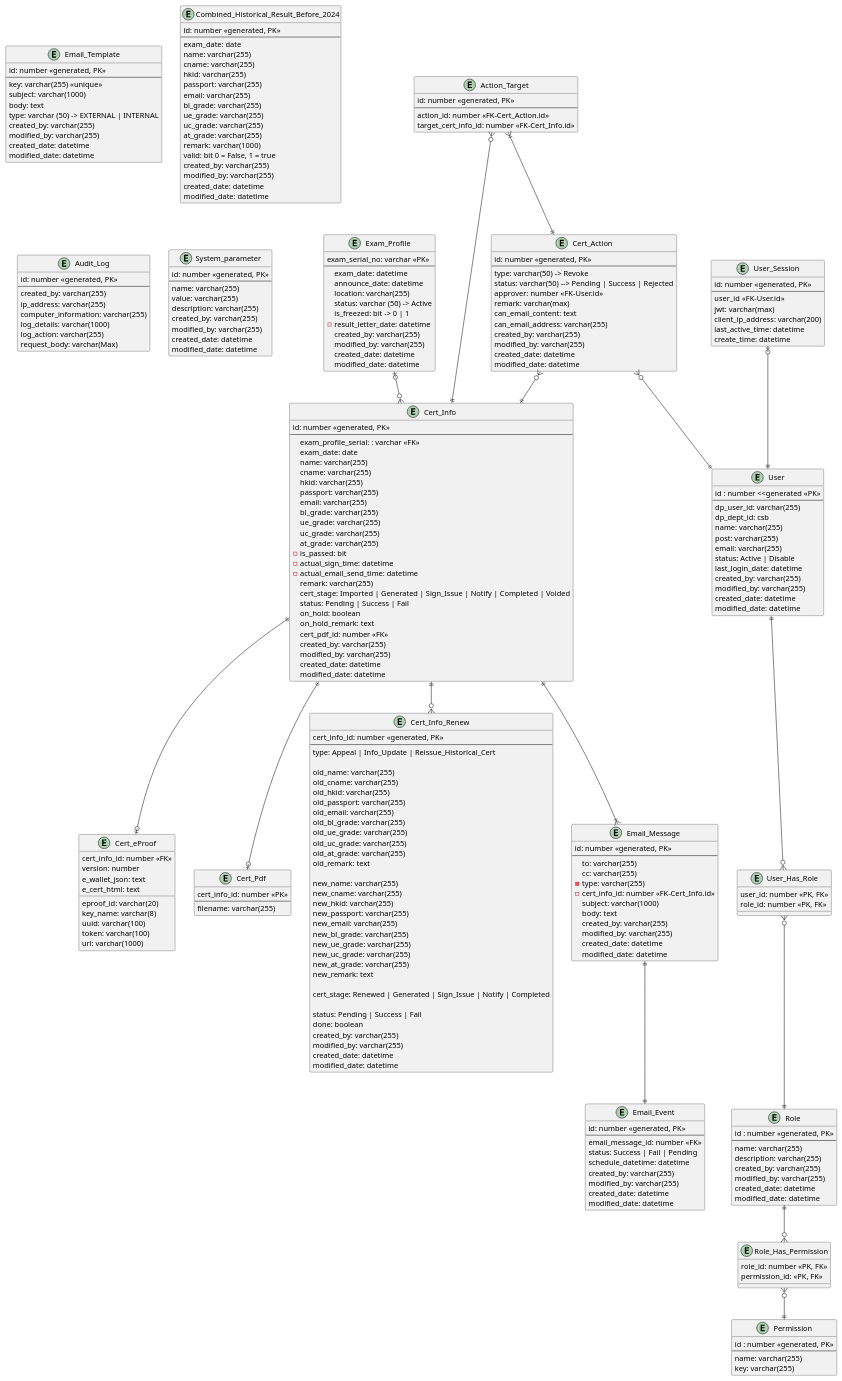
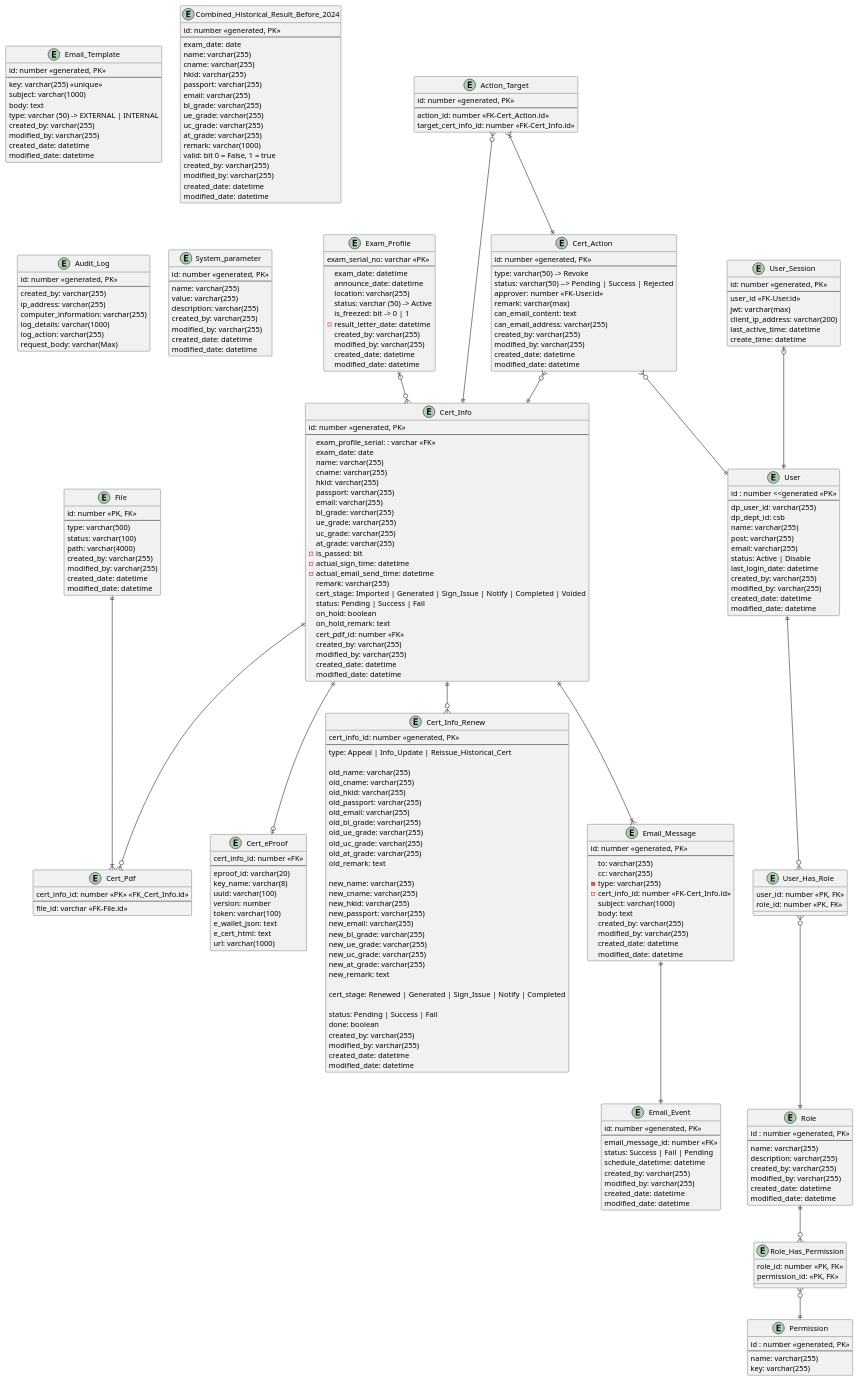
The diagram in er-diagram.puml (igsl-group/csb_eproof), drawn with PlantUML before and after one commit. The commit also changed 13 other files, not shown here.

```diff
--- a/er-diagram.puml
+++ b/er-diagram.puml
@@ -44,6 +44,9 @@
   permission_id: <<PK, FK>>
 }
 
+
+
+
 entity "Exam_Profile" as exam_profile {
   exam_serial_no: varchar <<PK>>
   --
@@ -74,6 +77,7 @@
 
 entity "Cert_eProof" as cert_eproof {
   cert_info_id: number <<FK>>
+  --
   eproof_id: varchar(20)
   key_name: varchar(8)
   uuid: varchar(100)
@@ -85,9 +89,21 @@
 }
 
 entity "Cert_Pdf" as cert_pdf {
-  cert_info_id: number <<PK>>
+  cert_info_id: number <<PK>> <<FK_Cert_Info.id>>
   --
-  filename: varchar(255)
+  file_id: varchar <<FK-File.id>>
+}
+
+entity "File" as file {
+  id: number <<PK, FK>>
+  --
+  type: varchar(500)
+  status: varchar(100)
+  path: varchar(4000)
+  created_by: varchar(255)
+  modified_by: varchar(255)
+  created_date: datetime
+  modified_date: datetime
 }
 
 entity "Cert_Info" as cert_info {
@@ -266,7 +282,6 @@
 role ||--o{ role_has_permission
 role_has_permission }o--|| permission
 cert_info ||--o{ cert_info_approve
-cert_info ||--o| cert_pdf
 cert_info ||--o| cert_eproof
 email_message ||--|| email_event
 
@@ -279,4 +294,10 @@
 user_session |o--|| user
 
 cert_info ||--|{ email_message
+
+
+cert_info ||--o{ cert_pdf
+file ||--|{ cert_pdf
+
+
 @enduml
```
